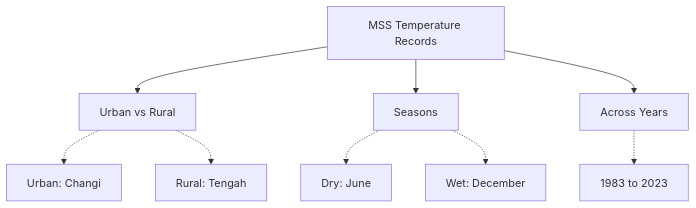
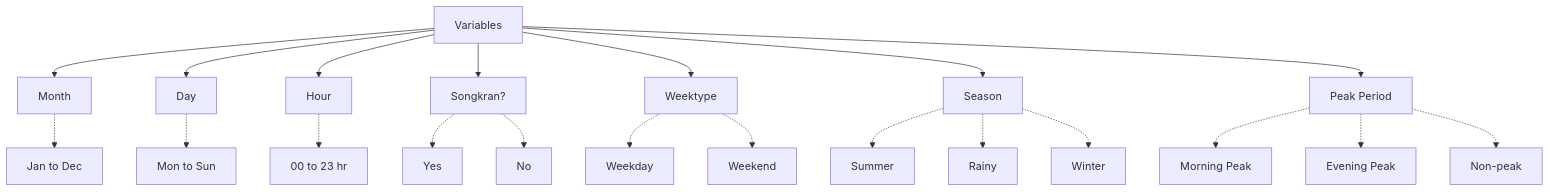
Before and after one commit to kytjy/ISSS626-GAA: the diagram in Take-home_Ex/Take-home_Ex01/Take-home_Ex01.qmd, drawn with Mermaid. The commit also changed other lines of this file and 41 other files, not shown here.

````diff
--- a/Take-home_Ex/Take-home_Ex01/Take-home_Ex01.qmd
+++ b/Take-home_Ex/Take-home_Ex01/Take-home_Ex01.qmd
@@ -1247,15 +1617,28 @@
 ```{mermaid}
 %%| fig-width: 8
 %%| echo: false
 
 flowchart TD
-    A[MSS Temperature Records] --> A1[Urban vs Rural] 
-    A1 -.-> A11[Urban: Changi]
-    A1 -.-> A12[Rural: Tengah]
-    A --> A2[Seasons]
-    A2 -.-> A21[Dry: June]
-    A2 -.-> A22[Wet: December]
-    A --> A3[Across Years]
-    A3 -.-> A31[1983 to 2023]
+    A[Variables] --> A1[Month] 
+    A1 -.-> A11[Jan to Dec]
+    A --> A2[Day]
+    A2 -.-> A21[Mon to Sun]
+    A --> A3[Hour]
+    A3 -.-> A31[00 to 23 hr]
+    A --> A4[Songkran?]
+    A4 -.-> A41[Yes]
+    A4 -.-> A42[No]
+    A --> A5[Weektype]
+    A5 -.-> A51[Weekday]
+    A5 -.-> A52[Weekend]
+    A --> A6[Season]
+    A6 -.-> A61[Summer]
+    A6 -.-> A62[Rainy]
+    A6 -.-> A63[Winter]
+    A --> A7[Peak Period]
+    A7 -.-> A71[Morning Peak] 
+    A7 -.-> A72[Evening Peak]    
+    A7 -.-> A73[Non-peak]    
+    
 
 ```
````
